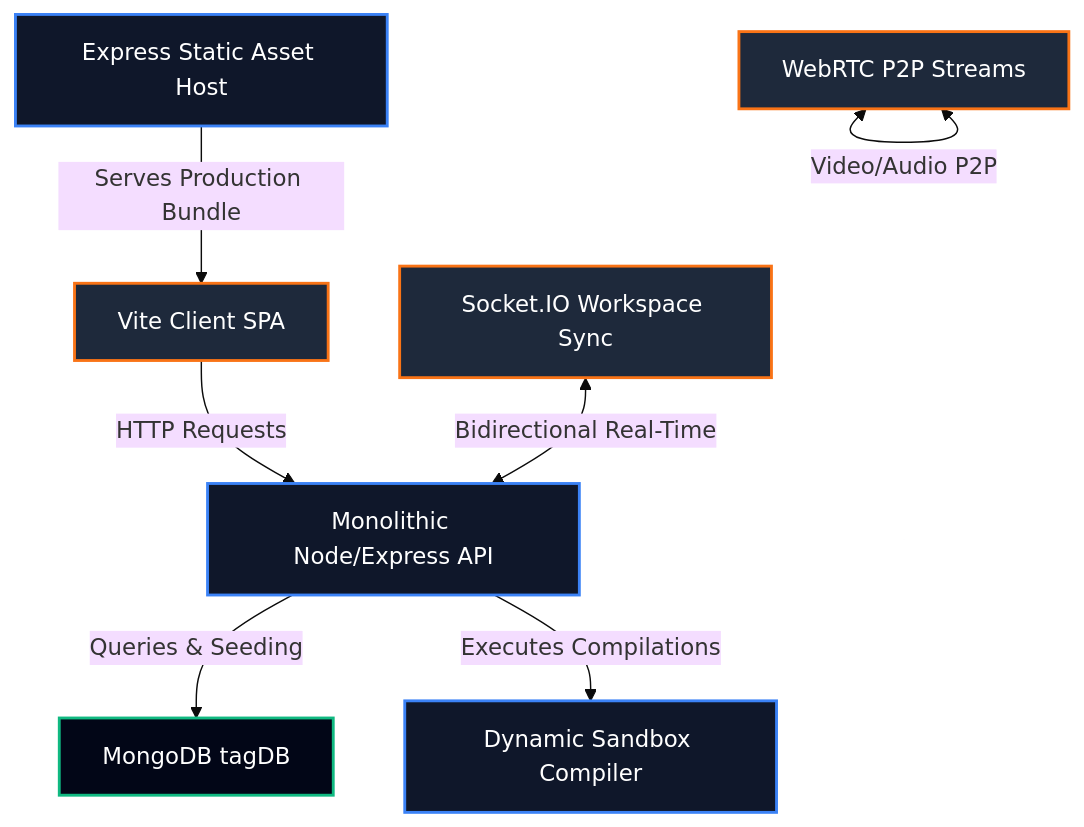
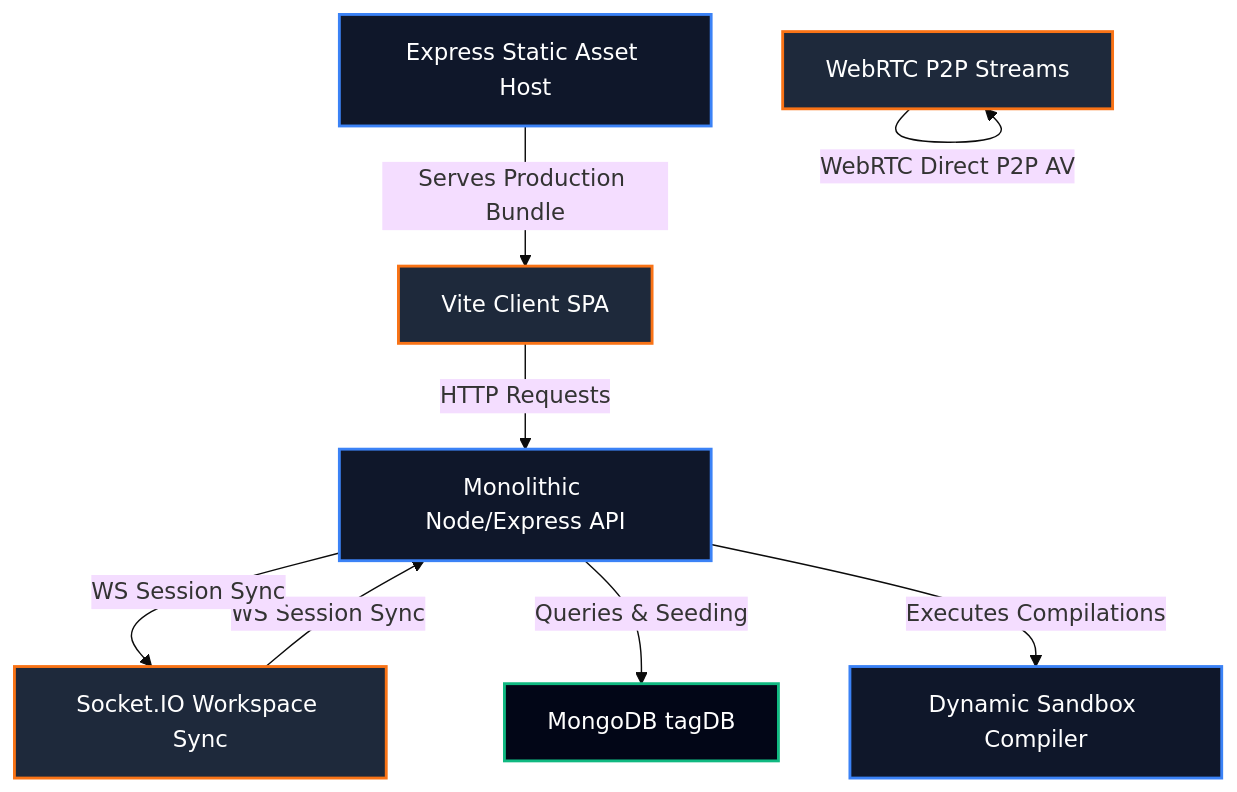
One commit to Gangadhar017/TAG-CODING-PLATFORM changed the diagram in README.md. Above: the diagram before and after it, drawn with Mermaid (base theme). The commit also changed other lines of this file, not shown here.

Commit message:
docs: scrub plain-text mongo credentials and fix mermaid syntax in README

````diff
--- a/README.md
+++ b/README.md
@@ -39,27 +39,28 @@
 ```mermaid
 graph TD
     %% Styling
     classDef client fill:#1e293b,stroke:#f97316,stroke-width:2px,color:#fff;
     classDef server fill:#0f172a,stroke:#3b82f6,stroke-width:2px,color:#fff;
     classDef db fill:#020617,stroke:#10b981,stroke-width:2px,color:#fff;
     
     %% Nodes
     A[Vite Client SPA]:::client
     B[Socket.IO Workspace Sync]:::client
     C[WebRTC P2P Streams]:::client
     
     D[Monolithic Node/Express API]:::server
     E[Dynamic Sandbox Compiler]:::server
     F[Express Static Asset Host]:::server
     
     G[MongoDB tagDB]:::db
     
     %% Relationships
     A -->|HTTP Requests| D
-    B <-->|Bidirectional Real-Time| D
-    C <-->|Video/Audio P2P| C
+    B -->|WS Session Sync| D
+    D -->|WS Session Sync| B
+    C -->|WebRTC Direct P2P AV| C
     
     D -->|Queries & Seeding| G
     D -->|Executes Compilations| E
     F -->|Serves Production Bundle| A
 ```
````
